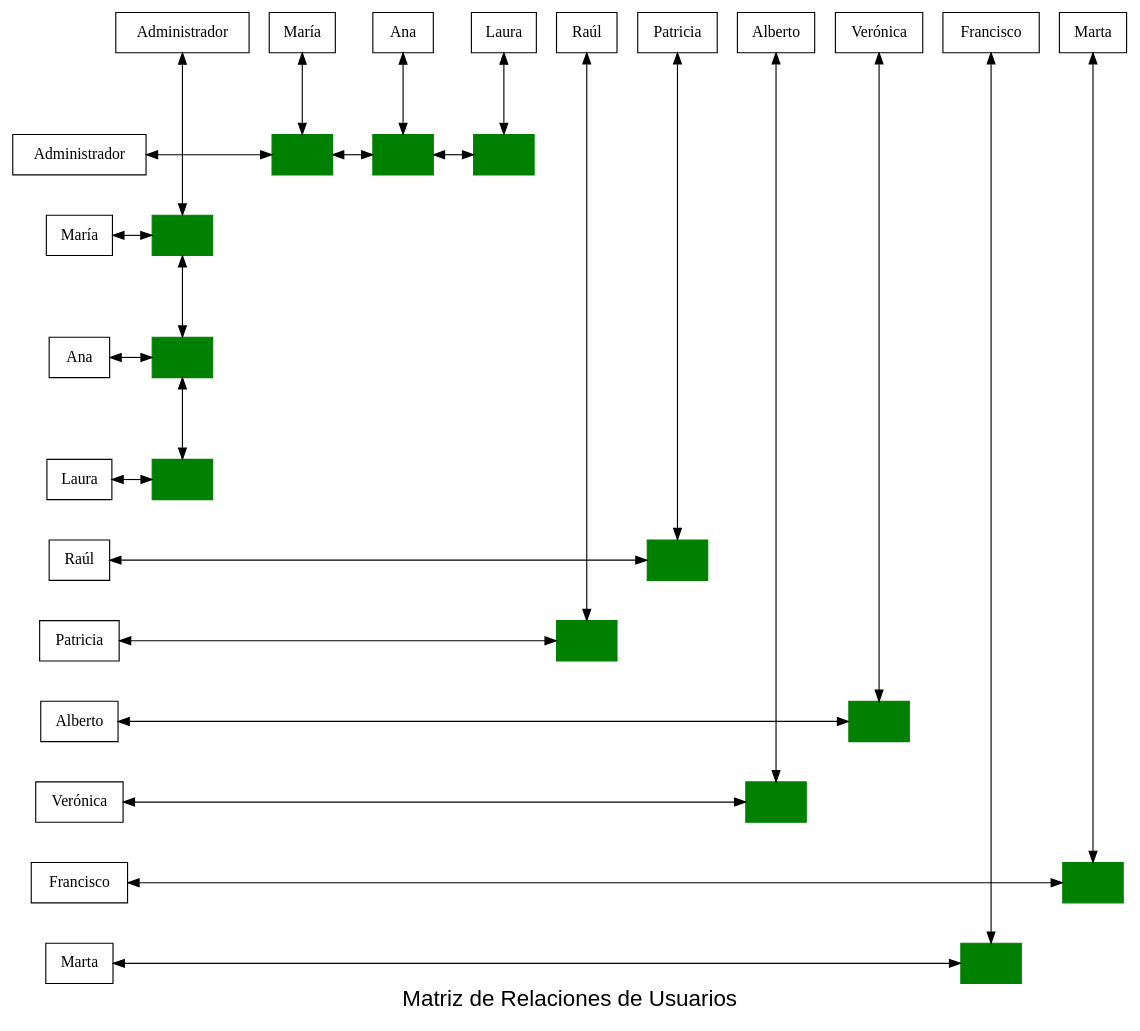
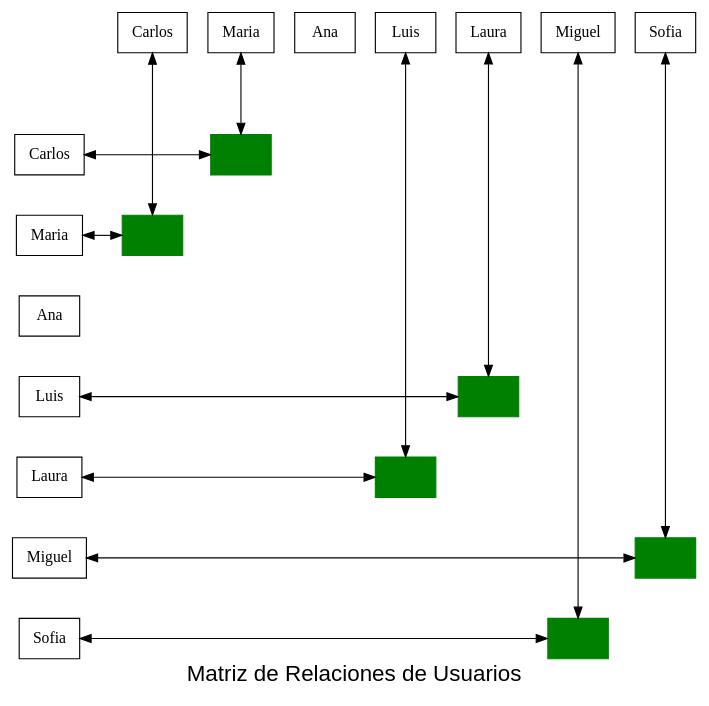
One commit to D3r3-k/-EDD-Proyecto_202001151 changed the diagram in Fase2/build/Desktop_Qt_6_7_2_MinGW_64_bit-Debug/matriz_relacion.dot. Above: the diagram before and after it, drawn with Graphviz. The commit also changed 46 other files, not shown here.

```diff
--- a/Fase2/build/Desktop_Qt_6_7_2_MinGW_64_bit-Debug/matriz_relacion.dot
+++ b/Fase2/build/Desktop_Qt_6_7_2_MinGW_64_bit-Debug/matriz_relacion.dot
@@ -1,100 +1,64 @@
 digraph G {
 node [shape=box];
 rankdir=TB;
 label="Matriz de Relaciones de Usuarios" fontsize=20 fontname="Arial";
 // Definir encabezados de filas
-fila0 [label="Administrador", group=1];
-fila2 [label="María", group=1];
-fila4 [label="Ana", group=1];
-fila6 [label="Laura", group=1];
-fila15 [label="Raúl", group=1];
-fila16 [label="Patricia", group=1];
-fila17 [label="Alberto", group=1];
-fila18 [label="Verónica", group=1];
-fila19 [label="Francisco", group=1];
-fila20 [label="Marta", group=1];
+fila2 [label="Carlos", group=1];
+fila3 [label="Maria", group=1];
+fila5 [label="Ana", group=1];
+fila6 [label="Luis", group=1];
+fila7 [label="Laura", group=1];
+fila10 [label="Miguel", group=1];
+fila11 [label="Sofia", group=1];
 // Definir encabezados de columnas
-col0 [label="Administrador", group=1];
-col2 [label="María", group=3];
-col4 [label="Ana", group=5];
-col6 [label="Laura", group=7];
-col15 [label="Raúl", group=16];
-col16 [label="Patricia", group=17];
-col17 [label="Alberto", group=18];
-col18 [label="Verónica", group=19];
-col19 [label="Francisco", group=20];
-col20 [label="Marta", group=21];
-{ rank=same; col0; col2; col4; col6; col15; col16; col17; col18; col19; col20; }
+col2 [label="Carlos", group=3];
+col3 [label="Maria", group=4];
+col5 [label="Ana", group=6];
+col6 [label="Luis", group=7];
+col7 [label="Laura", group=8];
+col10 [label="Miguel", group=11];
+col11 [label="Sofia", group=12];
+{ rank=same; col2; col3; col5; col6; col7; col10; col11; }
 // Definir nodos en las coordenadas especificadas
-nodo0_2 [label="", color=green, style=filled, group=3];
-nodo0_4 [label="", color=green, style=filled, group=5];
-nodo0_6 [label="", color=green, style=filled, group=7];
-nodo2_0 [label="", color=green, style=filled, group=1];
-nodo4_0 [label="", color=green, style=filled, group=1];
-nodo6_0 [label="", color=green, style=filled, group=1];
-nodo15_16 [label="", color=green, style=filled, group=17];
-nodo16_15 [label="", color=green, style=filled, group=16];
-nodo17_18 [label="", color=green, style=filled, group=19];
-nodo18_17 [label="", color=green, style=filled, group=18];
-nodo19_20 [label="", color=green, style=filled, group=21];
-nodo20_19 [label="", color=green, style=filled, group=20];
+nodo2_3 [label="", color=green, style=filled, group=4];
+nodo3_2 [label="", color=green, style=filled, group=3];
+nodo6_7 [label="", color=green, style=filled, group=8];
+nodo7_6 [label="", color=green, style=filled, group=7];
+nodo10_11 [label="", color=green, style=filled, group=12];
+nodo11_10 [label="", color=green, style=filled, group=11];
 // Conectar encabezados de filas con nodos y los nodos entre ellos horizontalmente
-fila0 -> nodo0_2 [dir=both, minlen=2];
-nodo0_2 -> nodo0_4 [dir=both, minlen=2];
-nodo0_4 -> nodo0_6 [dir=both, minlen=2];
-fila2 -> nodo2_0 [dir=both, minlen=2];
-fila4 -> nodo4_0 [dir=both, minlen=2];
-fila6 -> nodo6_0 [dir=both, minlen=2];
-fila15 -> nodo15_16 [dir=both, minlen=2];
-fila16 -> nodo16_15 [dir=both, minlen=2];
-fila17 -> nodo17_18 [dir=both, minlen=2];
-fila18 -> nodo18_17 [dir=both, minlen=2];
-fila19 -> nodo19_20 [dir=both, minlen=2];
-fila20 -> nodo20_19 [dir=both, minlen=2];
+fila2 -> nodo2_3 [dir=both, minlen=2];
+fila3 -> nodo3_2 [dir=both, minlen=2];
+fila6 -> nodo6_7 [dir=both, minlen=2];
+fila7 -> nodo7_6 [dir=both, minlen=2];
+fila10 -> nodo10_11 [dir=both, minlen=2];
+fila11 -> nodo11_10 [dir=both, minlen=2];
 // Conectar encabezados de columnas con nodos y los nodos entre ellos verticalmente
-col0 -> nodo2_0 [dir=both, minlen=2];
-nodo2_0 -> nodo4_0 [dir=both, minlen=2];
-nodo4_0 -> nodo6_0 [dir=both, minlen=2];
-col2 -> nodo0_2 [dir=both, minlen=2];
-col4 -> nodo0_4 [dir=both, minlen=2];
-col6 -> nodo0_6 [dir=both, minlen=2];
-col15 -> nodo16_15 [dir=both, minlen=2];
-col16 -> nodo15_16 [dir=both, minlen=2];
-col17 -> nodo18_17 [dir=both, minlen=2];
-col18 -> nodo17_18 [dir=both, minlen=2];
-col19 -> nodo20_19 [dir=both, minlen=2];
-col20 -> nodo19_20 [dir=both, minlen=2];
+col2 -> nodo3_2 [dir=both, minlen=2];
+col3 -> nodo2_3 [dir=both, minlen=2];
+col6 -> nodo7_6 [dir=both, minlen=2];
+col7 -> nodo6_7 [dir=both, minlen=2];
+col10 -> nodo11_10 [dir=both, minlen=2];
+col11 -> nodo10_11 [dir=both, minlen=2];
 // Mantener los encabezados de filas alineados verticalmente
-fila0 -> fila2 [style=invis];
-fila2 -> fila4 [style=invis];
-fila4 -> fila6 [style=invis];
-fila6 -> fila15 [style=invis];
-fila15 -> fila16 [style=invis];
-fila16 -> fila17 [style=invis];
-fila17 -> fila18 [style=invis];
-fila18 -> fila19 [style=invis];
-fila19 -> fila20 [style=invis];
+fila2 -> fila3 [style=invis];
+fila3 -> fila5 [style=invis];
+fila5 -> fila6 [style=invis];
+fila6 -> fila7 [style=invis];
+fila7 -> fila10 [style=invis];
+fila10 -> fila11 [style=invis];
 // Mantener los nodos de la misma fila en el mismo rango horizontal
-{ rank=same; fila0; nodo0_2 }
-{ rank=same; fila0; nodo0_4 }
-{ rank=same; fila0; nodo0_6 }
-{ rank=same; fila2; nodo2_0 }
-{ rank=same; fila4; nodo4_0 }
-{ rank=same; fila6; nodo6_0 }
-{ rank=same; fila15; nodo15_16 }
-{ rank=same; fila16; nodo16_15 }
-{ rank=same; fila17; nodo17_18 }
-{ rank=same; fila18; nodo18_17 }
-{ rank=same; fila19; nodo19_20 }
-{ rank=same; fila20; nodo20_19 }
+{ rank=same; fila2; nodo2_3 }
+{ rank=same; fila3; nodo3_2 }
+{ rank=same; fila6; nodo6_7 }
+{ rank=same; fila7; nodo7_6 }
+{ rank=same; fila10; nodo10_11 }
+{ rank=same; fila11; nodo11_10 }
 // Conectar las columnas entre sí de forma invisible para mantener el orden
-col0 -> col2 [style=invis];
-col2 -> col4 [style=invis];
-col4 -> col6 [style=invis];
-col6 -> col15 [style=invis];
-col15 -> col16 [style=invis];
-col16 -> col17 [style=invis];
-col17 -> col18 [style=invis];
-col18 -> col19 [style=invis];
-col19 -> col20 [style=invis];
+col2 -> col3 [style=invis];
+col3 -> col5 [style=invis];
+col5 -> col6 [style=invis];
+col6 -> col7 [style=invis];
+col7 -> col10 [style=invis];
+col10 -> col11 [style=invis];
 }
```
